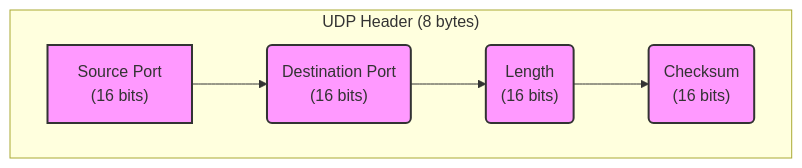
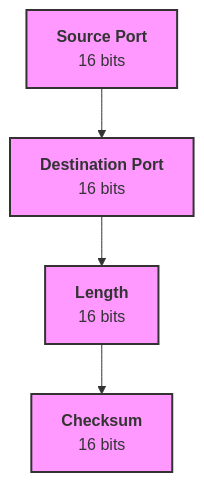
The diagram in diagrams/4.2-udp-header.mmd (macsplit/unix_doc), drawn with Mermaid before and after one commit. The commit also changed 23 other files, not shown here.

First line of the commit message:
Redesign 12 excessively wide diagrams to vertical format

```diff
--- a/diagrams/4.2-udp-header.mmd
+++ b/diagrams/4.2-udp-header.mmd
@@ -1,10 +1,12 @@
 graph TD
-    subgraph "UDP Header (8 bytes)"
-        A["Source Port\n(16 bits)"] --> B("Destination Port\n(16 bits)")
-        B --> C("Length\n(16 bits)")
-        C --> D("Checksum\n(16 bits)")
-    end
+    A["<b>Source Port</b><br/>16 bits"]
+    B["<b>Destination Port</b><br/>16 bits"]
+    C["<b>Length</b><br/>16 bits"]
+    D["<b>Checksum</b><br/>16 bits"]
+
+    A --> B --> C --> D
+
     style A fill:#f9f,stroke:#333,stroke-width:2px
     style B fill:#f9f,stroke:#333,stroke-width:2px
     style C fill:#f9f,stroke:#333,stroke-width:2px
     style D fill:#f9f,stroke:#333,stroke-width:2px
```
